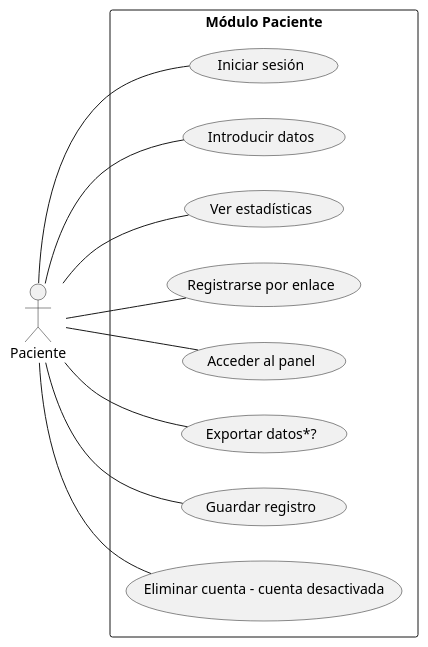
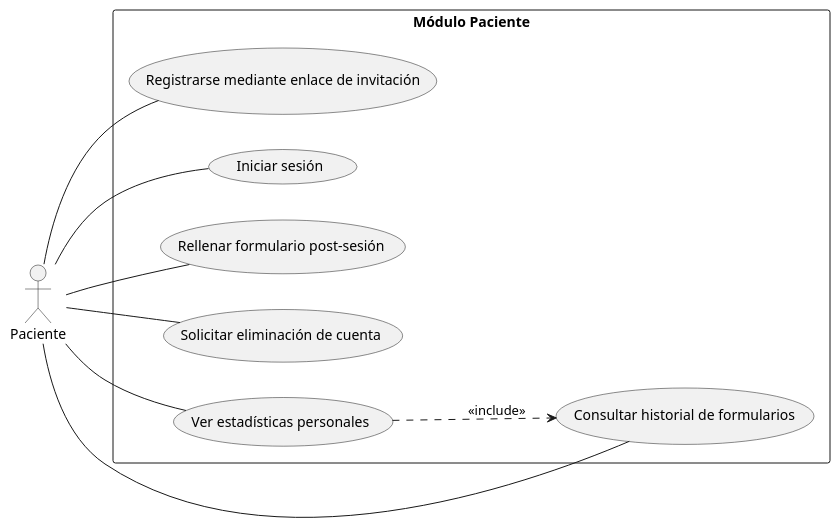
Before and after one commit to Sembrem-prj/base: the diagram in Casos_de_usos/diagrama_caso_uso_paciente.puml, drawn with PlantUML. The commit also changed 2 other files, not shown here.

```diff
--- a/Casos_de_usos/diagrama_caso_uso_paciente.puml
+++ b/Casos_de_usos/diagrama_caso_uso_paciente.puml
@@ -1,17 +1,20 @@
 @startuml Paciente
 left to right direction
 
 actor Paciente as pa
 
 rectangle "Módulo Paciente" {
+
+pa -- (Registrarse mediante enlace de invitación)
 pa -- (Iniciar sesión)
-pa -- (Introducir datos)
-pa -- (Ver estadísticas)
-pa -- (Registrarse por enlace)
-pa -- (Acceder al panel)
-pa -- (Exportar datos*?)
-pa -- (Guardar registro)
-pa -- (Eliminar cuenta - cuenta desactivada)
+pa -- (Rellenar formulario post-sesión)
+pa -- (Solicitar eliminación de cuenta)
+
+pa -- (Ver estadísticas personales)
+
+(Ver estadísticas personales) ..> (Consultar historial de formularios) : <<include>>
+pa -- (Consultar historial de formularios)
+
 }
 
 @enduml
```
